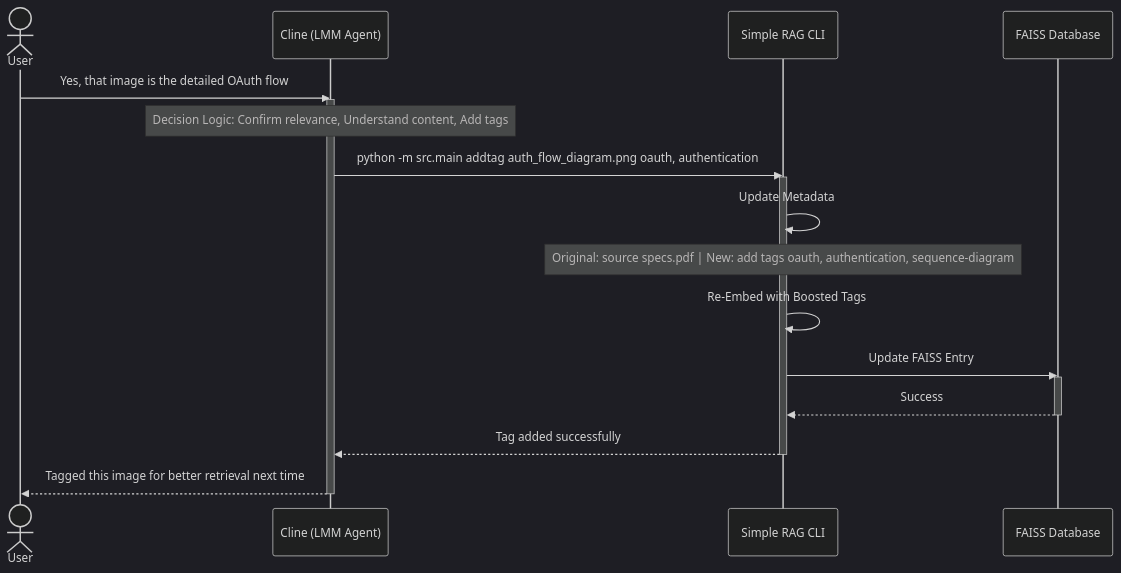
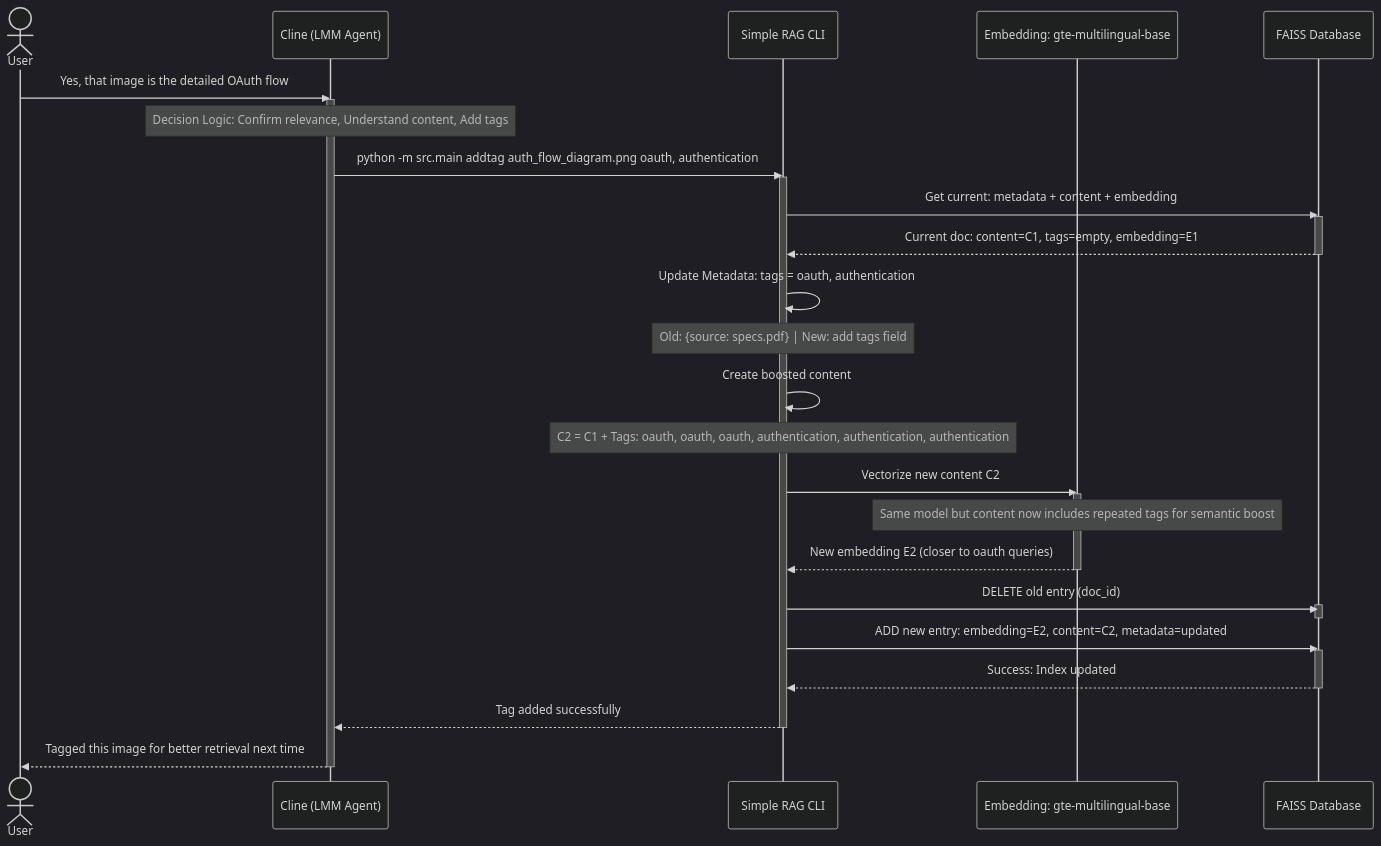
The third of 4 diagrams in report-doc/10-debuit-clineSR.md (ngcix/doc-rag), drawn with Mermaid (dark theme) before and after one commit. The commit also changed other lines of this file, not shown here.

````diff
--- a/report-doc/10-debuit-clineSR.md
+++ b/report-doc/10-debuit-clineSR.md
@@ -272,30 +272,53 @@
 ```mermaid
 sequenceDiagram
     actor User
     participant Cline as Cline (LMM Agent)
     participant CLI as Simple RAG CLI
+    participant Embed as Embedding: gte-multilingual-base
     participant DB as FAISS Database
     
     User->>Cline: Yes, that image is the detailed OAuth flow
     activate Cline
     
     Note over Cline: Decision Logic: Confirm relevance, Understand content, Add tags
     
     Cline->>CLI: python -m src.main addtag auth_flow_diagram.png oauth, authentication
     activate CLI
     
-    CLI->>CLI: Update Metadata
-    Note over CLI: Original: source specs.pdf | New: add tags oauth, authentication, sequence-diagram
+    %% Step 1: Retrieve current data
+    CLI->>DB: Get current: metadata + content + embedding
+    activate DB
+    DB-->>CLI: Current doc: content=C1, tags=empty, embedding=E1
+    deactivate DB
     
-    CLI->>CLI: Re-Embed with Boosted Tags
-    CLI->>DB: Update FAISS Entry
+    %% Step 2: Update metadata
+    CLI->>CLI: Update Metadata: tags = oauth, authentication
+    Note over CLI: Old: {source: specs.pdf} | New: add tags field
+    
+    %% Step 3: Tag Boosting
+    CLI->>CLI: Create boosted content
+    Note over CLI: C2 = C1 + Tags: oauth, oauth, oauth, authentication, authentication, authentication
+    
+    %% Step 4: Re-Embedding
+    CLI->>Embed: Vectorize new content C2
+    activate Embed
+    Note over Embed: Same model but content now includes repeated tags for semantic boost
+    Embed-->>CLI: New embedding E2 (closer to oauth queries)
+    deactivate Embed
+    
+    %% Step 5: Atomic Update (Delete + Add)
+    CLI->>DB: DELETE old entry (doc_id)
     activate DB
-    DB-->>CLI: Success
+    deactivate DB
+    
+    CLI->>DB: ADD new entry: embedding=E2, content=C2, metadata=updated
+    activate DB
+    DB-->>CLI: Success: Index updated
     deactivate DB
     
     CLI-->>Cline: Tag added successfully
     deactivate CLI
     
     Cline-->>User: Tagged this image for better retrieval next time
     deactivate Cline
 ```
````
